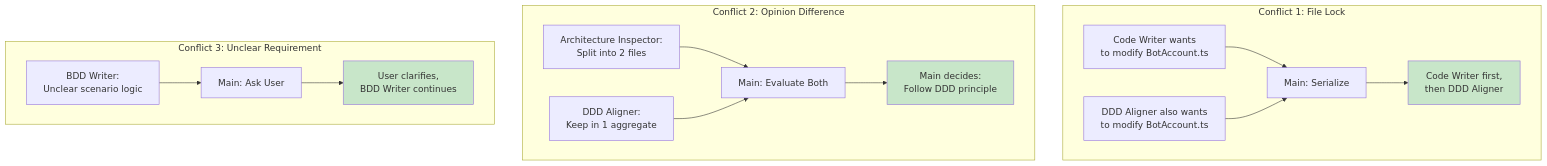
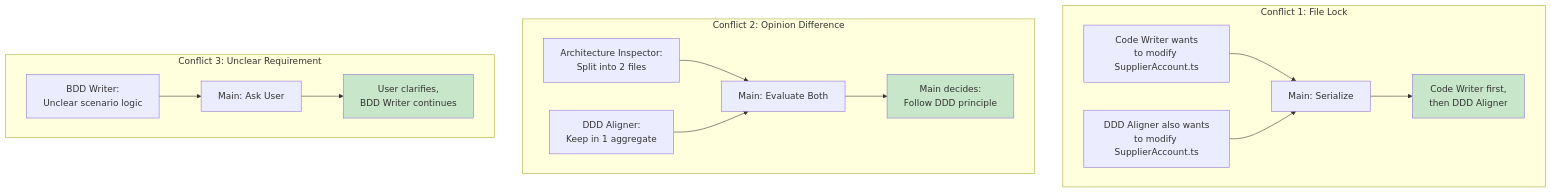
Before and after one commit to esimplicityinc/water-demo: diagram 13 of 15 in docs/agents/coordination.md, drawn with Mermaid. The commit also changed other lines of this file and 20 other files, not shown here.

````diff
--- a/docs/agents/coordination.md
+++ b/docs/agents/coordination.md
@@ -484,28 +484,28 @@
 ```mermaid
 graph TD
     subgraph "Conflict 1: File Lock"
-        C1[Code Writer wants<br/>to modify BotAccount.ts]
-        C2[DDD Aligner also wants<br/>to modify BotAccount.ts]
+        C1[Code Writer wants<br/>to modify SupplierAccount.ts]
+        C2[DDD Aligner also wants<br/>to modify SupplierAccount.ts]
         C1 --> S1[Main: Serialize]
         C2 --> S1
         S1 --> R1[Code Writer first,<br/>then DDD Aligner]
     end
 
     subgraph "Conflict 2: Opinion Difference"
         C3[Architecture Inspector:<br/>Split into 2 files]
         C4[DDD Aligner:<br/>Keep in 1 aggregate]
         C3 --> S2[Main: Evaluate Both]
         C4 --> S2
         S2 --> R2[Main decides:<br/>Follow DDD principle]
     end
 
     subgraph "Conflict 3: Unclear Requirement"
         C5[BDD Writer:<br/>Unclear scenario logic]
         C5 --> S3[Main: Ask User]
         S3 --> R3[User clarifies,<br/>BDD Writer continues]
     end
 
     style R1 fill:#c8e6c9
     style R2 fill:#c8e6c9
     style R3 fill:#c8e6c9
 ```
````
